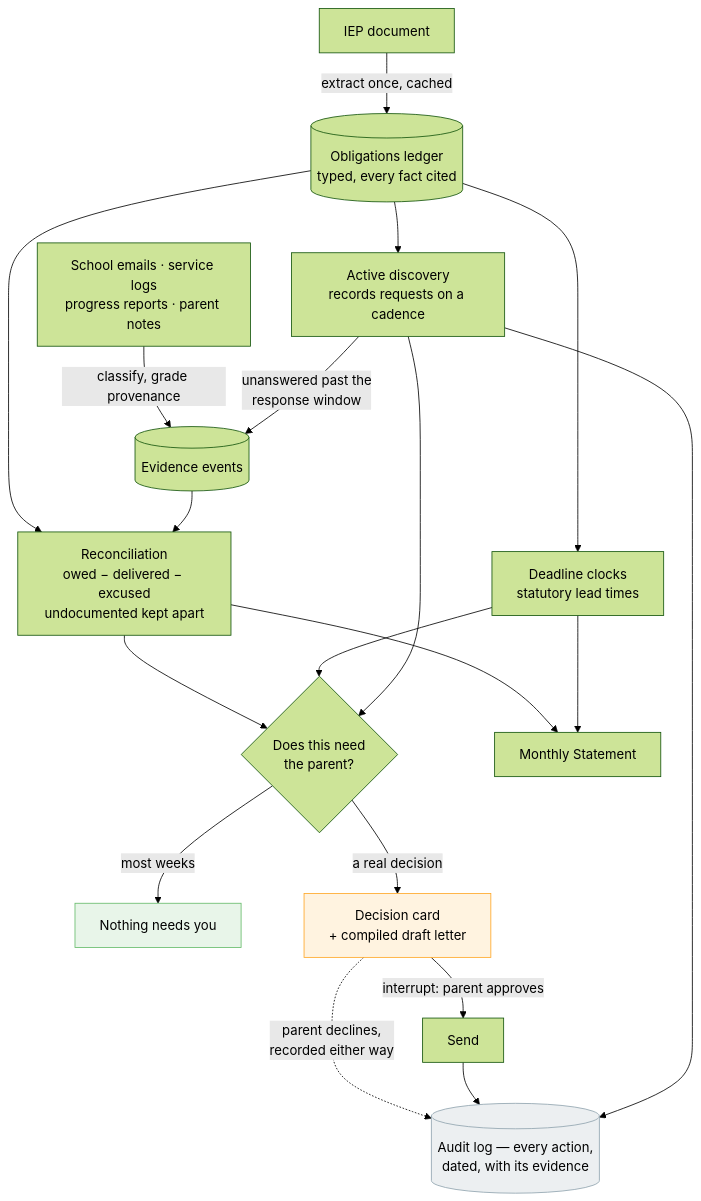
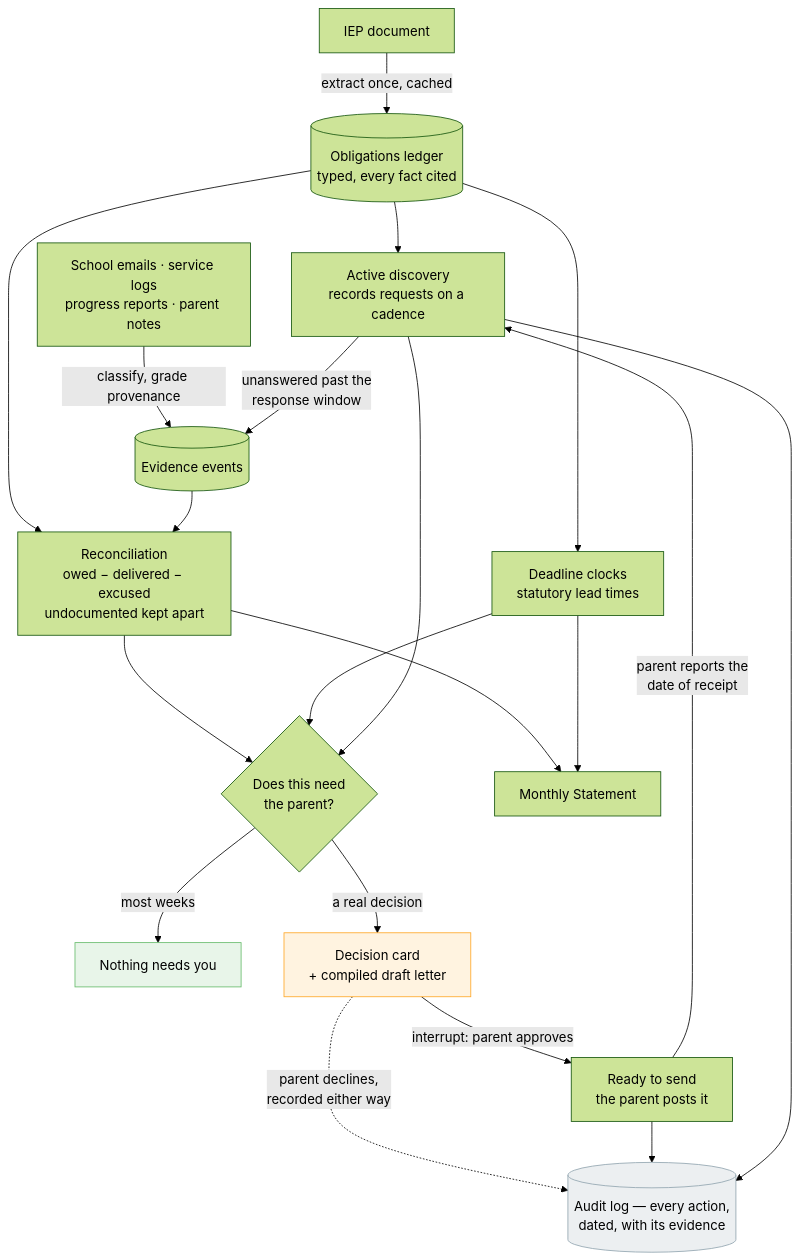
One commit to N-45div/Minutes changed the diagram in README.md. Above: the diagram before and after it, drawn with Mermaid (forest theme). The commit also changed other lines of this file and 8 other files, not shown here.

````diff
--- a/README.md
+++ b/README.md
@@ -45,37 +45,38 @@
 ```mermaid
 flowchart TB
     IEP[IEP document]
     MAIL[School emails · service logs<br/>progress reports · parent notes]
     AUDIT[(Audit log — every action,<br/>dated, with its evidence)]
 
     IEP -->|extract once, cached| LEDGER[(Obligations ledger<br/>typed, every fact cited)]
     MAIL -->|classify, grade provenance| EVENTS[(Evidence events)]
 
     DISC[Active discovery<br/>records requests on a cadence] -->|unanswered past the<br/>response window| EVENTS
     LEDGER --> DISC
 
     LEDGER --> RECON[Reconciliation<br/>owed − delivered − excused<br/>undocumented kept apart]
     EVENTS --> RECON
 
     LEDGER --> CLOCKS[Deadline clocks<br/>statutory lead times]
 
     RECON --> DECIDE{Does this need<br/>the parent?}
     CLOCKS --> DECIDE
     DISC --> DECIDE
 
     DECIDE -->|most weeks| QUIET[Nothing needs you]
     DECIDE -->|a real decision| CARD[Decision card<br/>+ compiled draft letter]
 
     RECON --> STMT[Monthly Statement]
     CLOCKS --> STMT
 
-    CARD -->|interrupt: parent approves| SEND[Send]
+    CARD -->|interrupt: parent approves| SEND[Ready to send<br/>the parent posts it]
     CARD -.->|parent declines,<br/>recorded either way| AUDIT
 
+    SEND -->|parent reports the<br/>date of receipt| DISC
     SEND --> AUDIT
     DISC --> AUDIT
 
     style QUIET fill:#e8f5e9,stroke:#66bb6a
     style CARD fill:#fff3e0,stroke:#ffa726
     style AUDIT fill:#eceff1,stroke:#90a4ae
 ```
````
